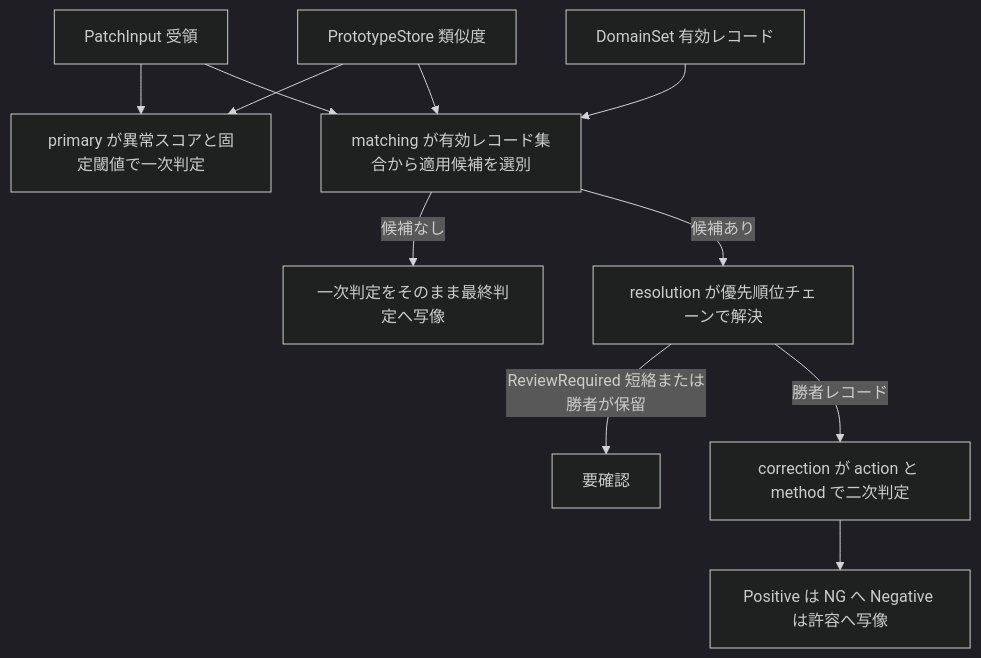
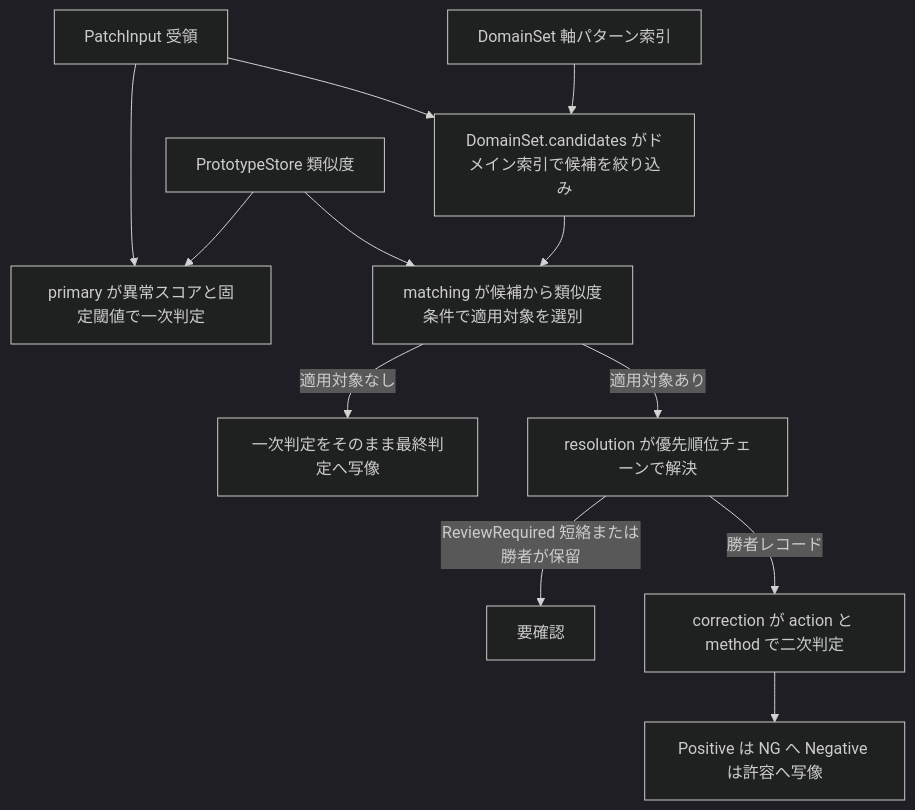
The second of 2 diagrams in .kiro/specs/promptable-correction-layer/design.md (BFAI-Semicon/Go-Tech_1-3_SSL_Anomaly_Detection), drawn with Mermaid (dark theme) before and after one commit. The commit also changed other lines of this file and 3 other files, not shown here.

````diff
--- a/.kiro/specs/promptable-correction-layer/design.md
+++ b/.kiro/specs/promptable-correction-layer/design.md
@@ -250,13 +257,14 @@
 ```mermaid
 flowchart TD
     P[PatchInput 受領] --> PJ[primary が異常スコアと固定閾値で一次判定]
-    P --> M[matching が有効レコード集合から適用候補を選別]
-    DS[DomainSet 有効レコード] --> M
+    P --> IX[DomainSet.candidates がドメイン索引で候補を絞り込み]
+    DS[DomainSet 軸パターン索引] --> IX
+    IX --> M[matching が候補から類似度条件で適用対象を選別]
     ST[PrototypeStore 類似度] --> PJ
     ST --> M
-    M -->|候補なし| F0[一次判定をそのまま最終判定へ写像]
-    M -->|候補あり| R[resolution が優先順位チェーンで解決]
+    M -->|適用対象なし| F0[一次判定をそのまま最終判定へ写像]
+    M -->|適用対象あり| R[resolution が優先順位チェーンで解決]
     R -->|ReviewRequired 短絡または勝者が保留| F1[要確認]
     R -->|勝者レコード| C[correction が action と method で二次判定]
     C --> F2[Positive は NG へ Negative は許容へ写像]
 ```
````
